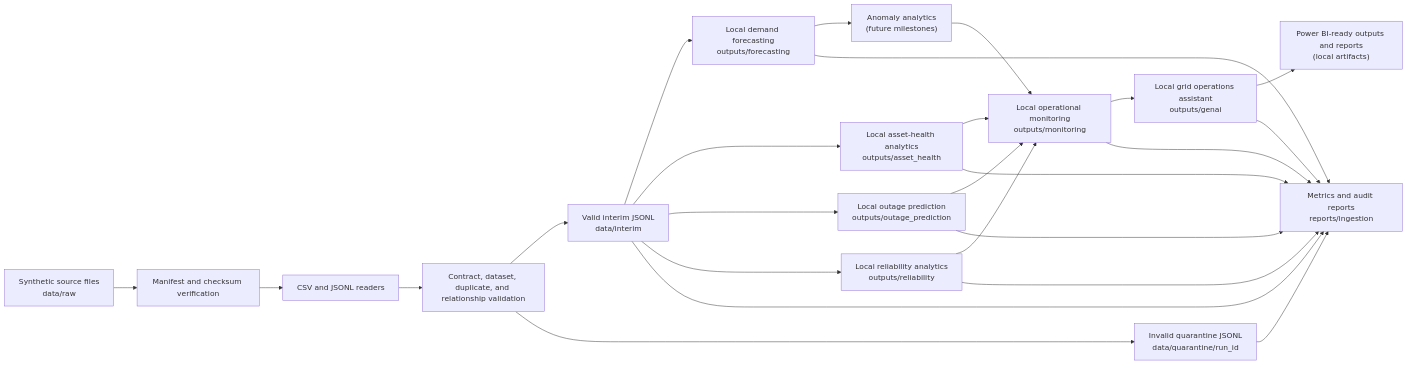
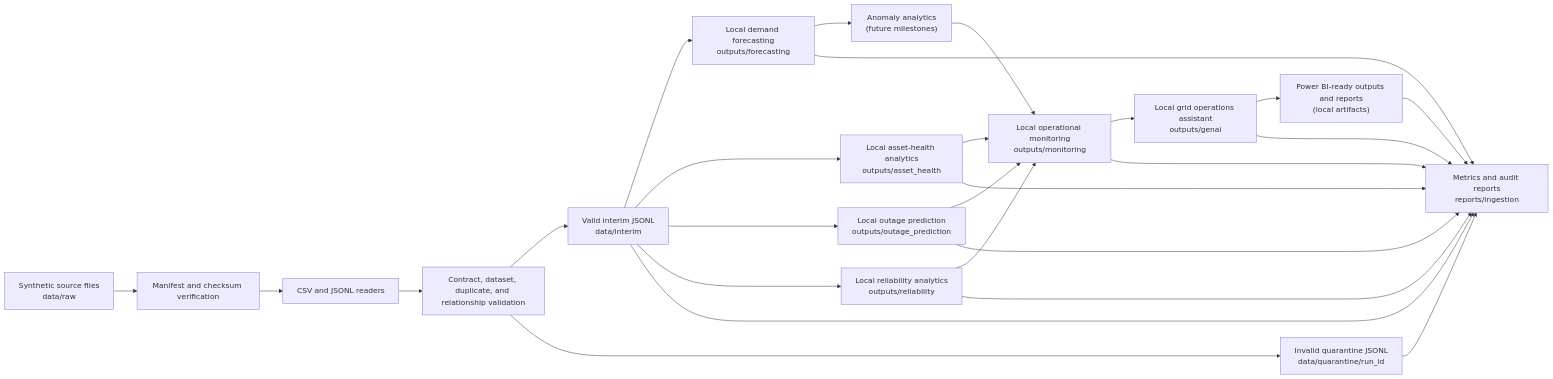
Before and after one commit to Ibraheemolasupogit/azure-grid-reliability-intelligence-platform: the diagram in docs/architecture/data-flow.md, drawn with Mermaid. The commit also changed other lines of this file and 50 other files, not shown here.

````diff
--- a/docs/architecture/data-flow.md
+++ b/docs/architecture/data-flow.md
@@ -5,32 +5,33 @@
 ```mermaid
 flowchart LR
     inputs["Synthetic source files<br/>data/raw"]
     manifest["Manifest and checksum verification"]
     ingestion["CSV and JSONL readers"]
     validation["Contract, dataset, duplicate, and relationship validation"]
     interim["Valid interim JSONL<br/>data/interim"]
     quarantine["Invalid quarantine JSONL<br/>data/quarantine/run_id"]
     reports["Metrics and audit reports<br/>reports/ingestion"]
     forecasting["Local demand forecasting<br/>outputs/forecasting"]
     assethealth["Local asset-health analytics<br/>outputs/asset_health"]
     outage["Local outage prediction<br/>outputs/outage_prediction"]
     reliability["Local reliability analytics<br/>outputs/reliability"]
     analytics["Anomaly analytics<br/>(future milestones)"]
     monitoring["Local operational monitoring<br/>outputs/monitoring"]
     assistant["Local grid operations assistant<br/>outputs/genai"]
     reporting["Power BI-ready outputs and reports<br/>(local artifacts)"]
 
     inputs --> manifest --> ingestion --> validation
     validation --> interim --> forecasting --> analytics --> monitoring --> assistant --> reporting
     interim --> assethealth --> monitoring
     interim --> outage --> monitoring
     interim --> reliability --> monitoring
     validation --> quarantine --> reports
     interim --> reports
     forecasting --> reports
     assethealth --> reports
     outage --> reports
     reliability --> reports
     monitoring --> reports
     assistant --> reports
+    reporting --> reports
 ```
````
